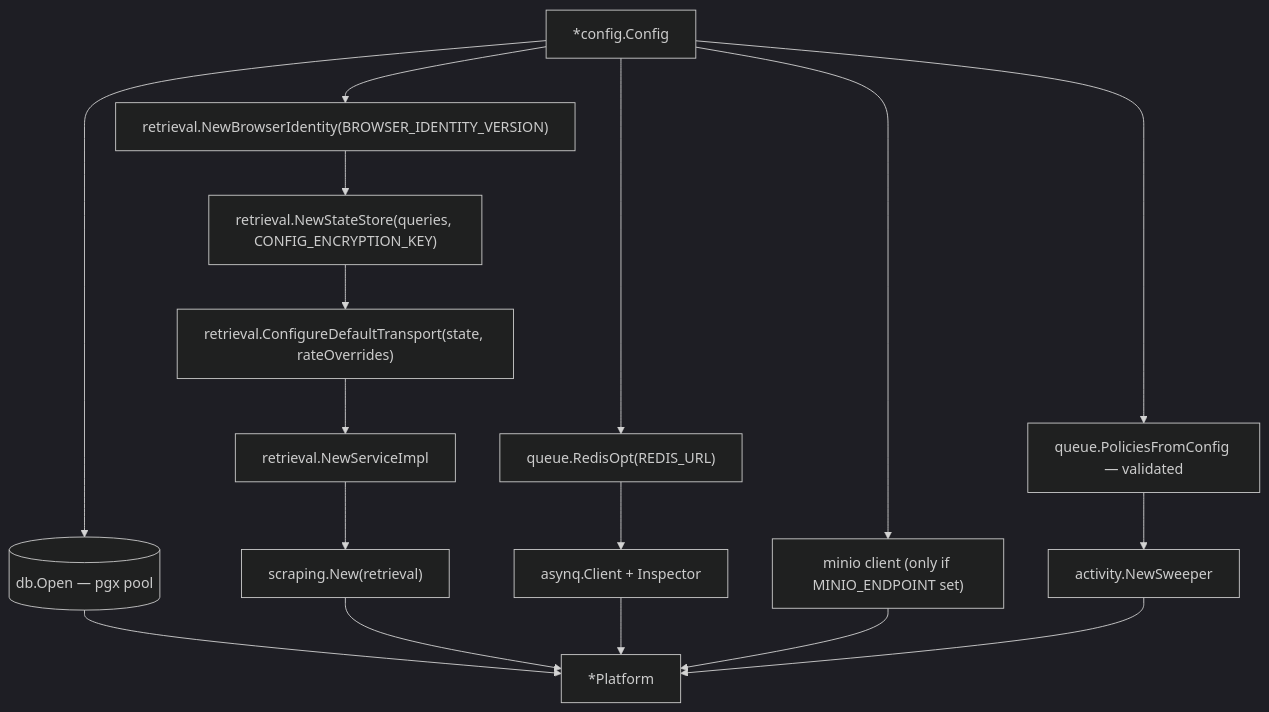
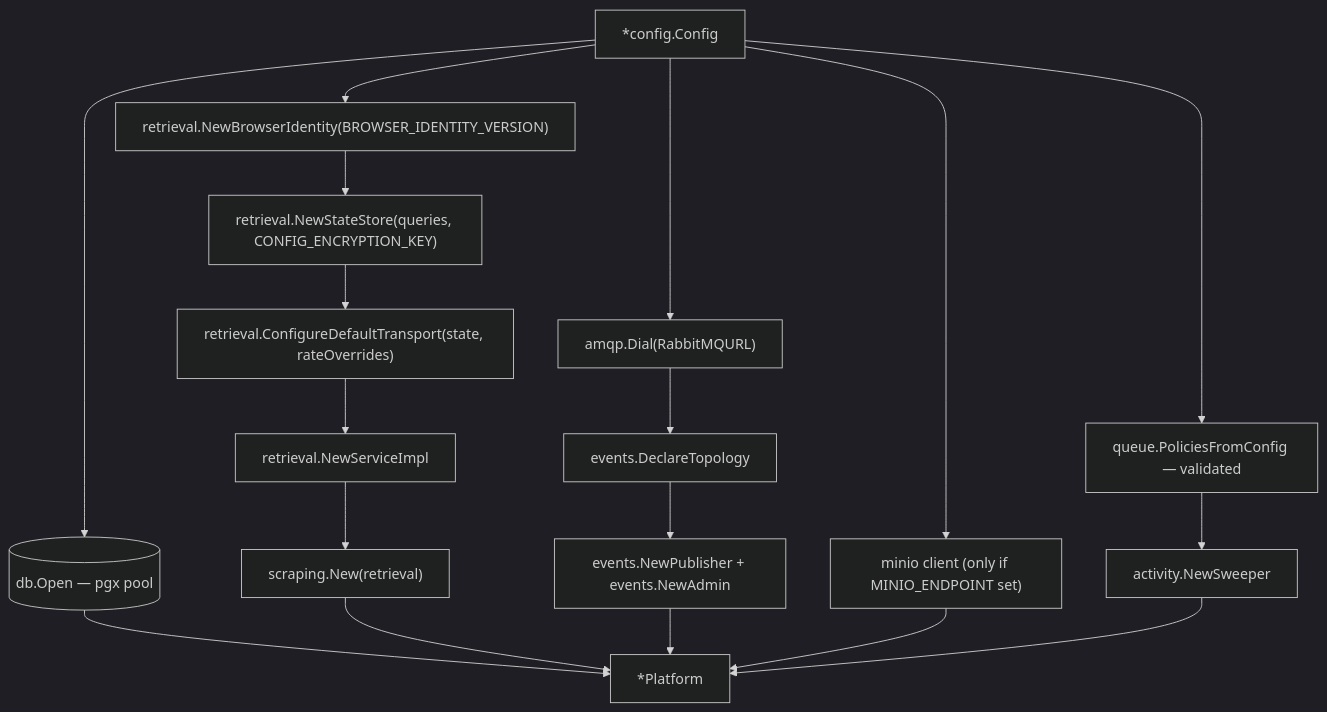
The second of 5 diagrams in docs/docs/architecture/composition-root.md (nonamecat19/job-finder), drawn with Mermaid (dark theme) before and after one commit. The commit also changed other lines of this file and 13 other files, not shown here.

````diff
--- a/docs/docs/architecture/composition-root.md
+++ b/docs/docs/architecture/composition-root.md
@@ -43,15 +43,16 @@
 ```mermaid
 flowchart TD
     CFG["*config.Config"] --> DBP[("db.Open — pgx pool")]
     CFG --> ID["retrieval.NewBrowserIdentity(BROWSER_IDENTITY_VERSION)"]
     ID --> SS["retrieval.NewStateStore(queries, CONFIG_ENCRYPTION_KEY)"]
     SS --> TR["retrieval.ConfigureDefaultTransport(state, rateOverrides)"]
     TR --> RS["retrieval.NewServiceImpl"]
     RS --> SCR["scraping.New(retrieval)"]
-    CFG --> RO["queue.RedisOpt(REDIS_URL)"]
-    RO --> AC["asynq.Client + Inspector"]
+    CFG --> RO["amqp.Dial(RabbitMQURL)"]
+    RO --> TOPO["events.DeclareTopology"]
+    TOPO --> PUB["events.NewPublisher + events.NewAdmin"]
     CFG --> POL["queue.PoliciesFromConfig — validated"]
     CFG --> MIN["minio client (only if MINIO_ENDPOINT set)"]
     POL --> SW["activity.NewSweeper"]
-    DBP & SCR & AC & MIN & SW --> PLAT["*Platform"]
+    DBP & SCR & PUB & MIN & SW --> PLAT["*Platform"]
 ```
````
